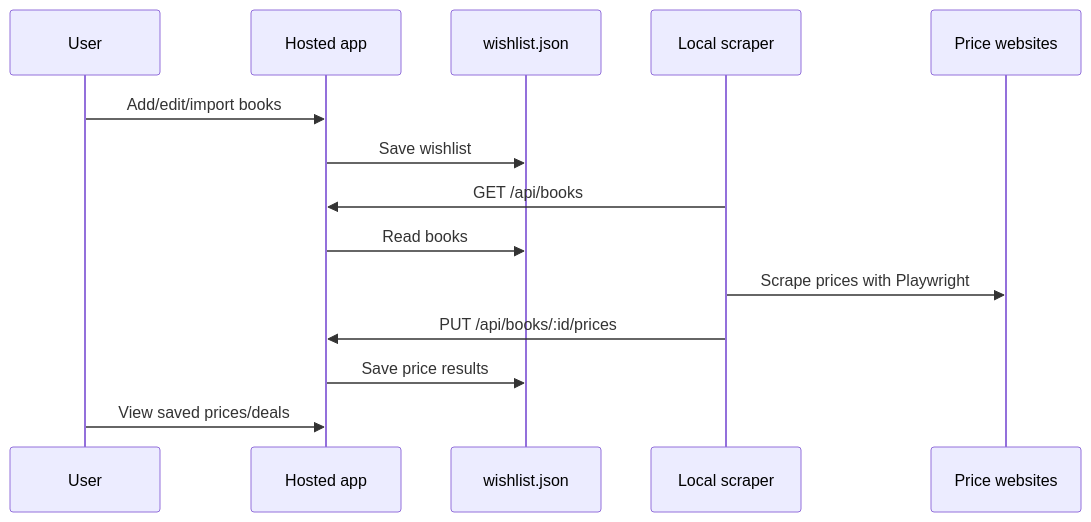
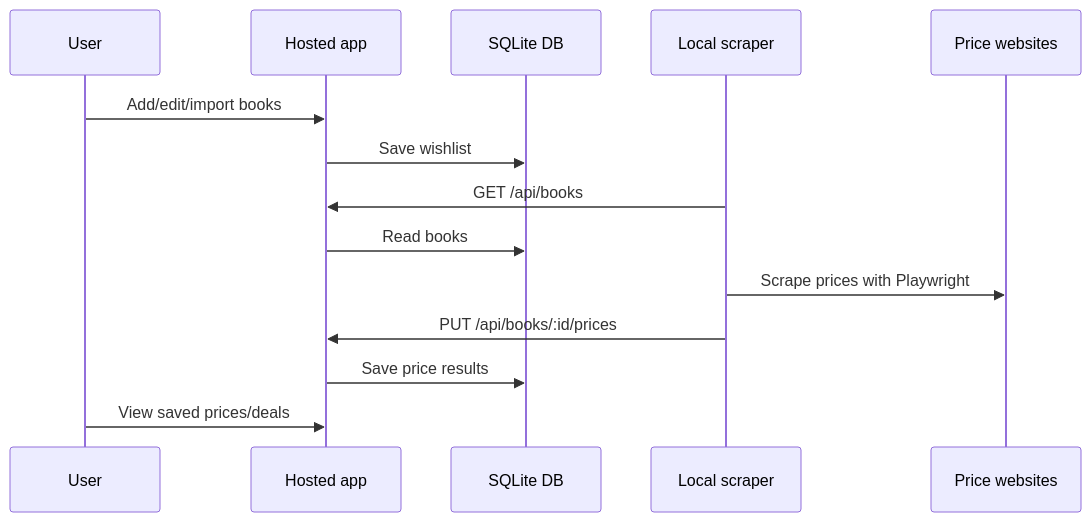
The second of 2 diagrams in README.md (NicolaFerracin/book-wishlist), drawn with Mermaid before and after one commit. The commit also changed other lines of this file and 9 other files, not shown here.

````diff
--- a/README.md
+++ b/README.md
@@ -57,17 +57,17 @@
 ```mermaid
 sequenceDiagram
   participant User
   participant App as Hosted app
-  participant Data as wishlist.json
+  participant Data as SQLite DB
   participant Scraper as Local scraper
   participant Sites as Price websites
 
   User->>App: Add/edit/import books
   App->>Data: Save wishlist
   Scraper->>App: GET /api/books
   App->>Data: Read books
   Scraper->>Sites: Scrape prices with Playwright
   Scraper->>App: PUT /api/books/:id/prices
   App->>Data: Save price results
   User->>App: View saved prices/deals
 ```
````
